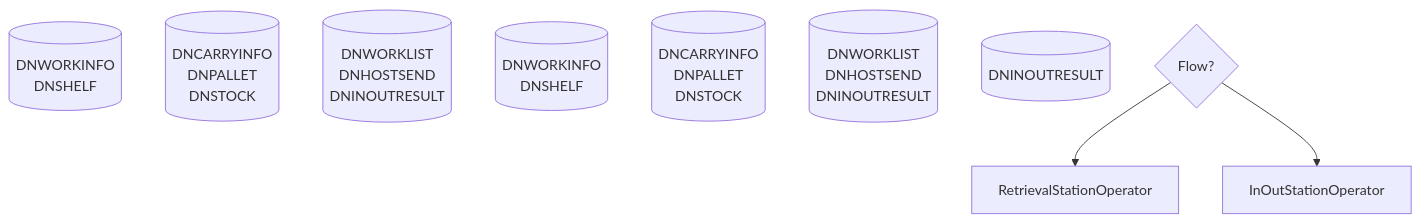
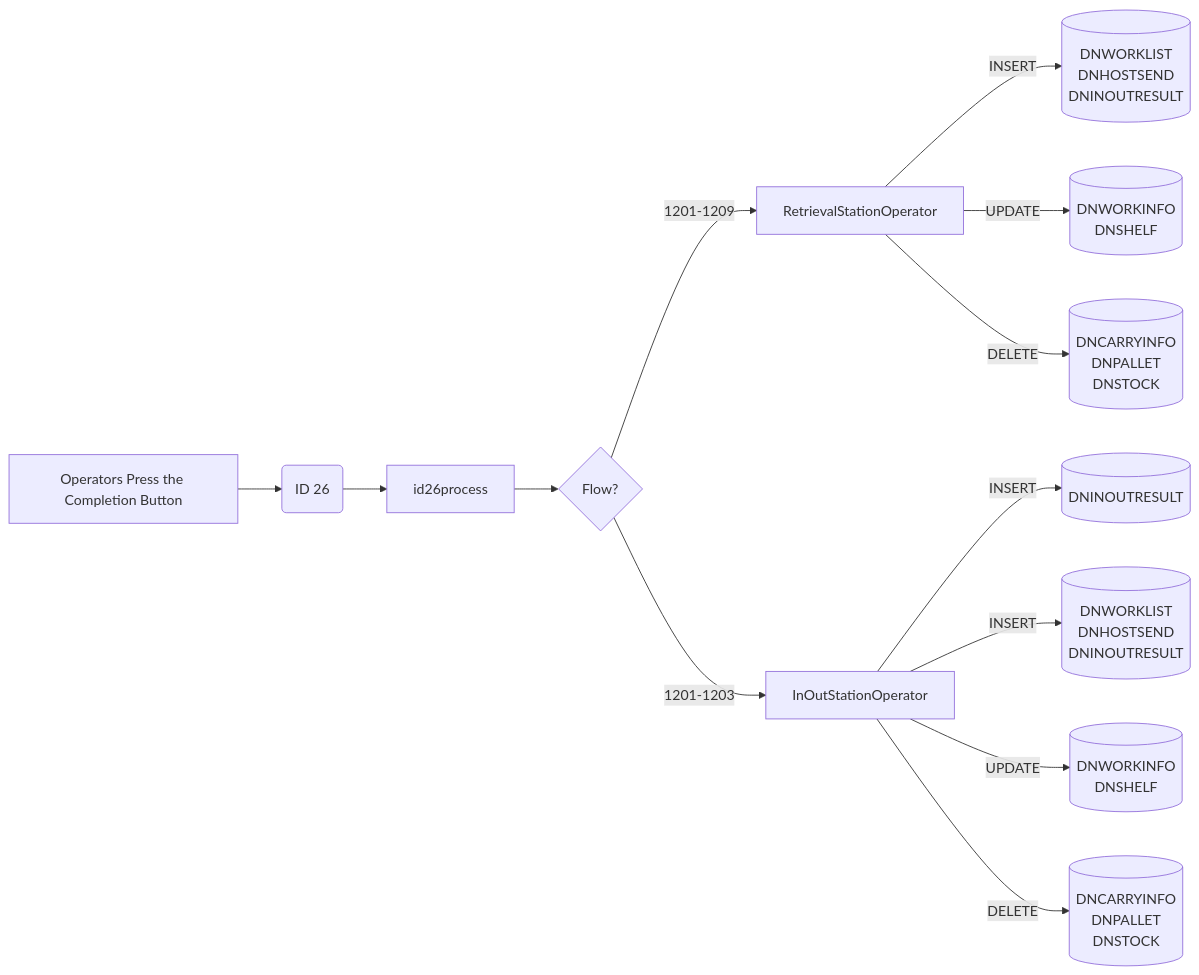
Diagram 19 of 19 in Basic-Design/DFD-WMS/Retrieval/Specific-Location-Retrieval-Setting.md (luthfiadityaa/SimeDarby-Wiki), drawn with Mermaid before and after one commit.

Commit message:
Updated Specific Location Retrieval Setting

```diff
--- a/Basic-Design/DFD-WMS/Retrieval/Specific-Location-Retrieval-Setting.md
+++ b/Basic-Design/DFD-WMS/Retrieval/Specific-Location-Retrieval-Setting.md
@@ -855,45 +835,68 @@
 ::: mermaid
-flowchart TD
+flowchart LR
+
+buttonclicked["
+Operators Press the Completion Button
+"]
+
+id26msg("
+ID 26
+")
+
 
 id26-update[("
 DNWORKINFO
 DNSHELF
 ")]
 
 id26-delete[("
 DNCARRYINFO
 DNPALLET
 DNSTOCK
 ")]
 
 id26-insert[("
 DNWORKLIST
 DNHOSTSEND
 DNINOUTRESULT
 ")]
 
 id26-update2[("
 DNWORKINFO
 DNSHELF
 ")]
 
 id26-delete2[("
 DNCARRYINFO
 DNPALLET
 DNSTOCK
 ")]
 
 id26-insert3[("
 DNWORKLIST
 DNHOSTSEND
 DNINOUTRESULT
 ")]
 
 id26-insert2[("
 DNINOUTRESULT
 ")]
 
-Cond1{Flow?} --> RetrievalStationOperator
-Cond1{Flow?} --> InOutStationOperator 
+id26process[id26process]
+
+buttonclicked --> id26msg
+id26msg -->id26process-->Cond1{Flow?}
+
+RetrievalStationOperator--> |INSERT| id26-insert 
+RetrievalStationOperator--> |UPDATE| id26-update 
+RetrievalStationOperator--> |DELETE| id26-delete 
+
+Cond1{Flow?} --> |1201-1209| RetrievalStationOperator
+Cond1{Flow?} --> |1201-1203| InOutStationOperator
+
+InOutStationOperator--> |INSERT| id26-insert2
+InOutStationOperator--> |INSERT| id26-insert3
+InOutStationOperator--> |UPDATE| id26-update2
+InOutStationOperator--> |DELETE| id26-delete2
 
 :::
```
